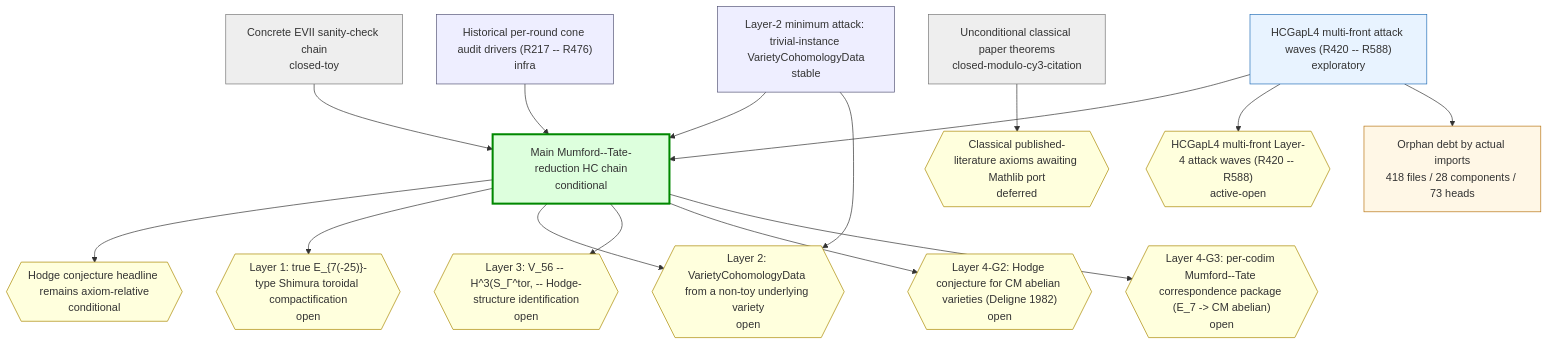
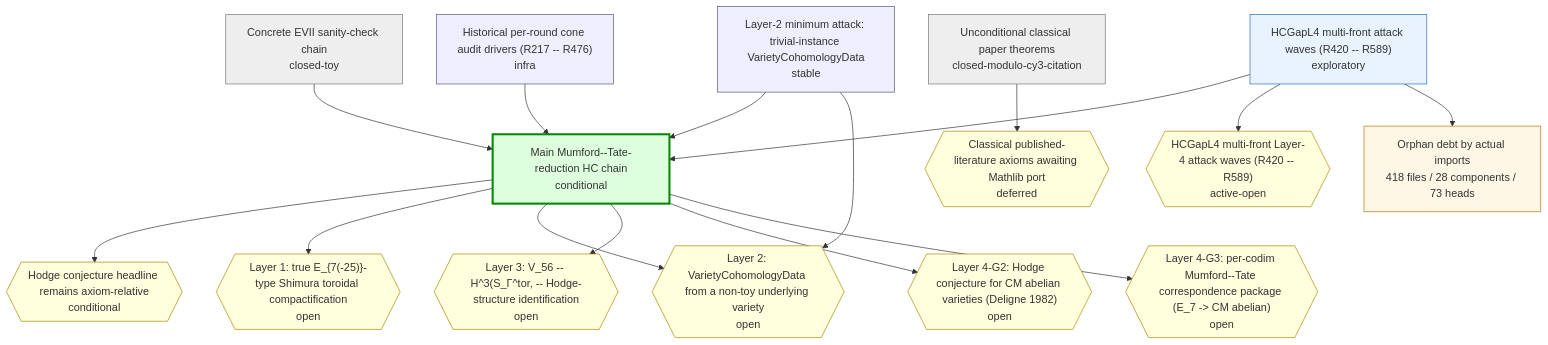
Before and after one commit to crabsatellite/hodge-conjecture-lean4-formalization: the first of 2 diagrams in chain-status/research-map.md, drawn with Mermaid. The commit also changed other lines of this file and 7 other files, not shown here.

````diff
--- a/chain-status/research-map.md
+++ b/chain-status/research-map.md
@@ -45,44 +45,44 @@
 ```mermaid
 graph TD
   classDef main fill:#dfd,stroke:#080,stroke-width:3px
   classDef active fill:#e8f3ff,stroke:#2670b8
   classDef support fill:#eef,stroke:#557
   classDef closed fill:#eee,stroke:#777
   classDef dead fill:#fdd,stroke:#a00,stroke-width:2px
   classDef gapOpen fill:#ffd,stroke:#a80
   classDef gapClosed fill:#eee,stroke:#777
   classDef gapDead fill:#fdd,stroke:#a00
   classDef debt fill:#fff7e6,stroke:#b87514
   classDef debtTaxonomy fill:#e8f3ff,stroke:#2670b8,stroke-dasharray:3 3
   classDef debtRule fill:#eefbea,stroke:#398439,stroke-dasharray:3 3
   classDef debtDead fill:#fdd,stroke:#a00,stroke-dasharray:3 3
   chain_main_hc_axiom_relative["Main Mumford--Tate-reduction HC chain\nconditional"]:::main
   chain_unconditional_classical["Unconditional classical paper theorems\nclosed-modulo-cy3-citation"]:::closed
   chain_hcgap_l2_trivial_instances["Layer-2 minimum attack: trivial-instance VarietyCohomologyData\nstable"]:::support
-  chain_hcgap_l4_multifront_active["HCGapL4 multi-front attack waves (R420 -- R588)\nexploratory"]:::active
+  chain_hcgap_l4_multifront_active["HCGapL4 multi-front attack waves (R420 -- R589)\nexploratory"]:::active
   chain_concrete_evii_toy["Concrete EVII sanity-check chain\nclosed-toy"]:::closed
   chain_historical_cone_audits["Historical per-round cone audit drivers (R217 -- R476)\ninfra"]:::support
   gap_G_main_hc{{"Hodge conjecture headline remains axiom-relative\nconditional"}}:::gapOpen
   gap_G_l1_e7_shimura_tor{{"Layer 1: true E_{7(-25)}-type Shimura toroidal compactification\nopen"}}:::gapOpen
   gap_G_l2_cohomology_construction{{"Layer 2: VarietyCohomologyData from a non-toy underlying variety\nopen"}}:::gapOpen
   gap_G_l3_v56_mt_identification{{"Layer 3: V_56 -- H^3(S_Γ^tor, -- Hodge-structure identification\nopen"}}:::gapOpen
   gap_G_l4_cm_abelian_hc{{"Layer 4-G2: Hodge conjecture for CM abelian varieties (Deligne 1982)\nopen"}}:::gapOpen
   gap_G_l4_mt_correspondence{{"Layer 4-G3: per-codim Mumford--Tate correspondence package (E_7 -> CM abelian)\nopen"}}:::gapOpen
   gap_G_classical_mathlib_port{{"Classical published-literature axioms awaiting Mathlib port\ndeferred"}}:::gapOpen
-  gap_G_hcgap_l4_multifront{{"HCGapL4 multi-front Layer-4 attack waves (R420 -- R588)\nactive-open"}}:::gapOpen
+  gap_G_hcgap_l4_multifront{{"HCGapL4 multi-front Layer-4 attack waves (R420 -- R589)\nactive-open"}}:::gapOpen
   chain_main_hc_axiom_relative --> gap_G_main_hc
   chain_main_hc_axiom_relative --> gap_G_l1_e7_shimura_tor
   chain_main_hc_axiom_relative --> gap_G_l2_cohomology_construction
   chain_main_hc_axiom_relative --> gap_G_l3_v56_mt_identification
   chain_main_hc_axiom_relative --> gap_G_l4_cm_abelian_hc
   chain_main_hc_axiom_relative --> gap_G_l4_mt_correspondence
   chain_unconditional_classical --> gap_G_classical_mathlib_port
   chain_hcgap_l2_trivial_instances --> chain_main_hc_axiom_relative
   chain_hcgap_l2_trivial_instances --> gap_G_l2_cohomology_construction
   chain_hcgap_l4_multifront_active --> chain_main_hc_axiom_relative
   chain_hcgap_l4_multifront_active --> gap_G_hcgap_l4_multifront
   chain_concrete_evii_toy --> chain_main_hc_axiom_relative
   chain_historical_cone_audits --> chain_main_hc_axiom_relative
   debt_all["Orphan debt by actual imports\n418 files / 28 components / 73 heads"]:::debt
   chain_hcgap_l4_multifront_active --> debt_all
 ```
````
